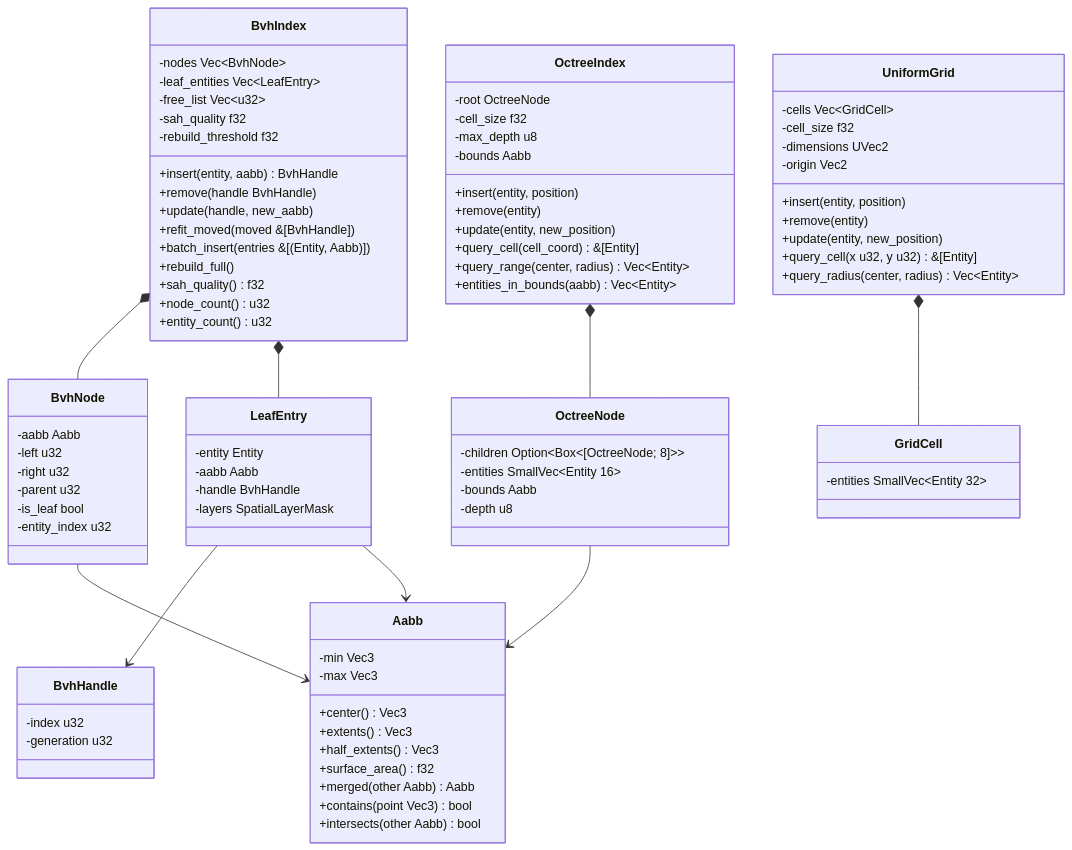
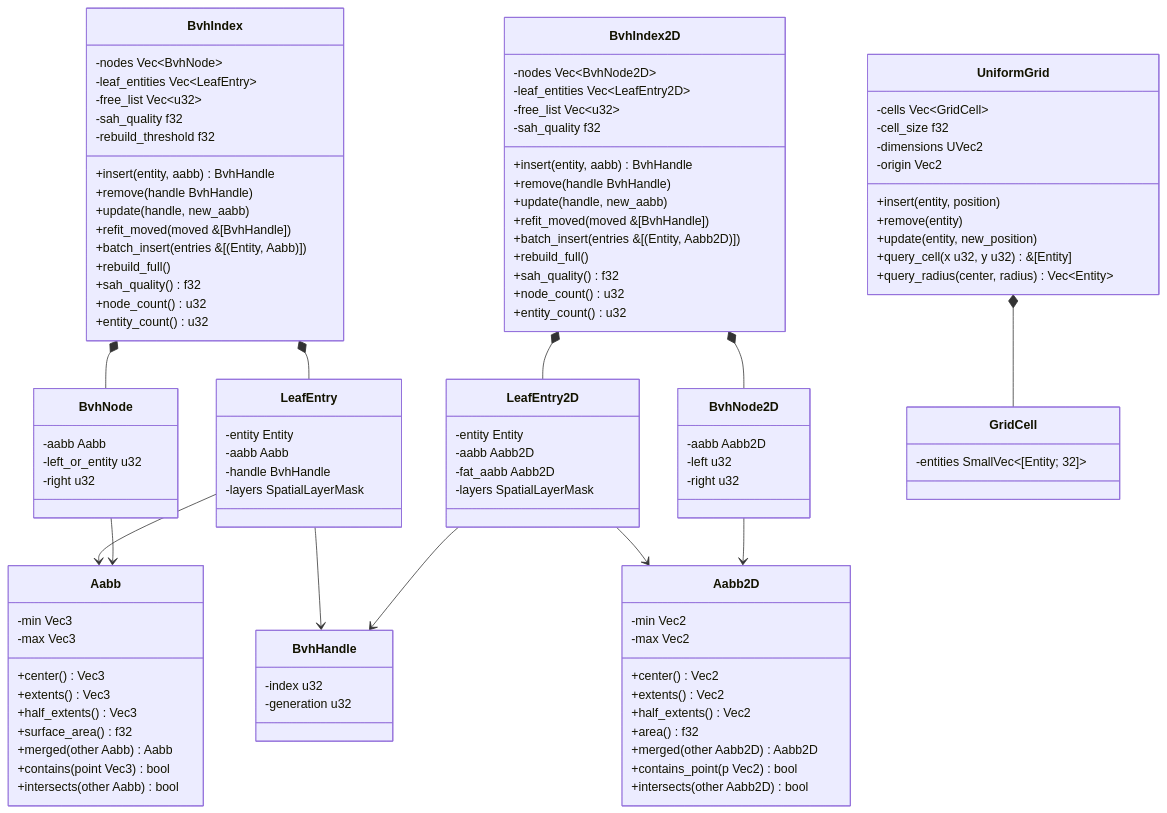
One commit to harmonius-dev/harmonius changed the second of 7 diagrams in docs/design/core-runtime/spatial-index.md. Above: the diagram before and after it, drawn with Mermaid. The commit also changed other lines of this file and 174 other files, not shown here.

````diff
--- a/docs/design/core-runtime/spatial-index.md
+++ b/docs/design/core-runtime/spatial-index.md
@@ -186,11 +181,8 @@
 
     class BvhNode {
         -aabb Aabb
-        -left u32
+        -left_or_entity u32
         -right u32
-        -parent u32
-        -is_leaf bool
-        -entity_index u32
     }
 
     class LeafEntry {
@@ -217,24 +209,45 @@
         +intersects(other Aabb) bool
     }
 
-    class OctreeIndex {
-        -root OctreeNode
-        -cell_size f32
-        -max_depth u8
-        -bounds Aabb
-        +insert(entity, position)
-        +remove(entity)
-        +update(entity, new_position)
-        +query_cell(cell_coord) &[Entity]
-        +query_range(center, radius) Vec~Entity~
-        +entities_in_bounds(aabb) Vec~Entity~
+    class Aabb2D {
+        -min Vec2
+        -max Vec2
+        +center() Vec2
+        +extents() Vec2
+        +half_extents() Vec2
+        +area() f32
+        +merged(other Aabb2D) Aabb2D
+        +contains_point(p Vec2) bool
+        +intersects(other Aabb2D) bool
     }
 
-    class OctreeNode {
-        -children Option~Box~[OctreeNode; 8]~~
-        -entities SmallVec~Entity 16~
-        -bounds Aabb
-        -depth u8
+    class BvhIndex2D {
+        -nodes Vec~BvhNode2D~
+        -leaf_entities Vec~LeafEntry2D~
+        -free_list Vec~u32~
+        -sah_quality f32
+        +insert(entity, aabb) BvhHandle
+        +remove(handle BvhHandle)
+        +update(handle, new_aabb)
+        +refit_moved(moved &[BvhHandle])
+        +batch_insert(entries &[(Entity, Aabb2D)])
+        +rebuild_full()
+        +sah_quality() f32
+        +node_count() u32
+        +entity_count() u32
+    }
+
+    class BvhNode2D {
+        -aabb Aabb2D
+        -left u32
+        -right u32
+    }
+
+    class LeafEntry2D {
+        -entity Entity
+        -aabb Aabb2D
+        -fat_aabb Aabb2D
+        -layers SpatialLayerMask
     }
 
     class UniformGrid {
@@ -250,7 +263,7 @@
     }
 
     class GridCell {
-        -entities SmallVec~Entity 32~
+        -entities SmallVec~[Entity; 32]~
     }
 
     BvhIndex *-- BvhNode
@@ -258,7 +271,10 @@
     LeafEntry --> BvhHandle
     LeafEntry --> Aabb
     BvhNode --> Aabb
-    OctreeIndex *-- OctreeNode
-    OctreeNode --> Aabb
+    BvhIndex2D *-- BvhNode2D
+    BvhIndex2D *-- LeafEntry2D
+    LeafEntry2D --> BvhHandle
+    LeafEntry2D --> Aabb2D
+    BvhNode2D --> Aabb2D
     UniformGrid *-- GridCell
 ```
````
